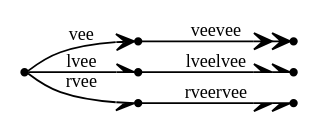
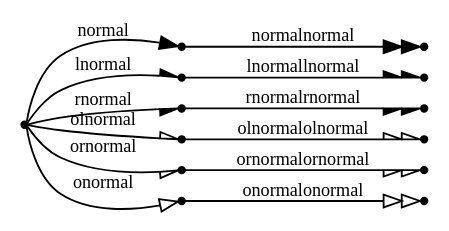
One commit to graphviz-perl/GraphViz2-Marpa-PathUtils changed the diagram in out/clusters.out.08.001.gv. Above: the diagram before and after it, drawn with Graphviz. The commit also changed 40 other files, not shown here.

```diff
--- a/out/clusters.out.08.001.gv
+++ b/out/clusters.out.08.001.gv
@@ -1,13 +1,19 @@
 digraph G
 {
 	graph[rankdir = "LR" nodesep = "0"]
 	node[shape = "point" label = ""]
 	edge[fontsize = "10"]
-	_vee -> vee[arrowhead = "vee" label = "vee"]
-	vee -> veevee[arrowhead = "veevee" label = "veevee"]
-	_vee -> lvee[arrowhead = "lvee" label = "lvee"]
-	lvee -> lveelvee[arrowhead = "lveelvee" label = "lveelvee"]
-	_vee -> rvee[arrowhead = "rvee" label = "rvee"]
-	rvee -> rveervee[arrowhead = "rveervee" label = "rveervee"]
+	_normal -> normal[arrowhead = "normal" label = "normal"]
+	normal -> normalnormal[arrowhead = "normalnormal" label = "normalnormal"]
+	_normal -> lnormal[arrowhead = "lnormal" label = "lnormal"]
+	lnormal -> lnormallnormal[arrowhead = "lnormallnormal" label = "lnormallnormal"]
+	_normal -> rnormal[arrowhead = "rnormal" label = "rnormal"]
+	rnormal -> rnormalrnormal[arrowhead = "rnormalrnormal" label = "rnormalrnormal"]
+	_normal -> olnormal[arrowhead = "olnormal" label = "olnormal"]
+	olnormal -> olnormalolnormal[arrowhead = "olnormalolnormal" label = "olnormalolnormal"]
+	_normal -> ornormal[arrowhead = "ornormal" label = "ornormal"]
+	ornormal -> ornormalornormal[arrowhead = "ornormalornormal" label = "ornormalornormal"]
+	_normal -> onormal[arrowhead = "onormal" label = "onormal"]
+	onormal -> onormalonormal[arrowhead = "onormalonormal" label = "onormalonormal"]
 
 }
```
